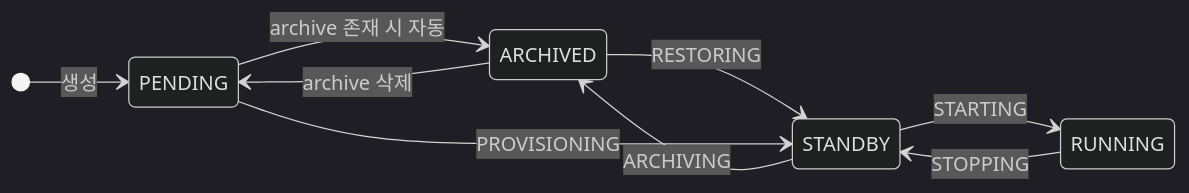
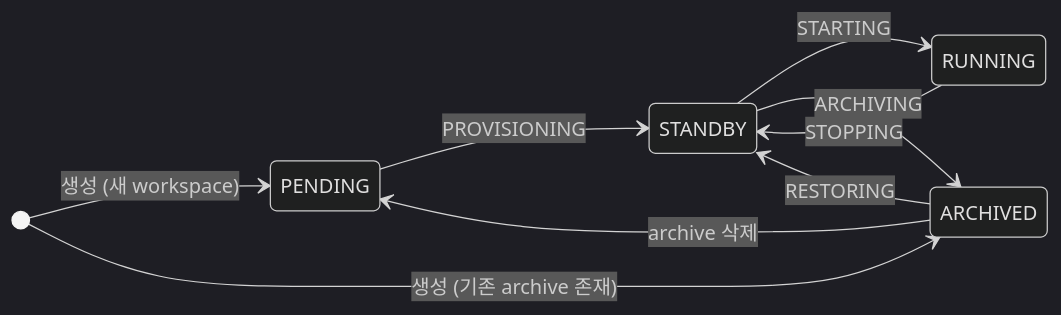
The first of 7 diagrams in docs/spec_v2/02-states.md (cagojeiger/code-hub), drawn with Mermaid (dark theme) before and after one commit. The commit also changed other lines of this file and 21 other files, not shown here.

````diff
--- a/docs/spec_v2/02-states.md
+++ b/docs/spec_v2/02-states.md
@@ -120,12 +184,12 @@
 ```mermaid
 stateDiagram-v2
     direction LR
-    [*] --> PENDING: 생성
-    PENDING --> ARCHIVED: archive 존재 시 자동
+    [*] --> PENDING: 생성 (새 workspace)
+    [*] --> ARCHIVED: 생성 (기존 archive 존재)
+    PENDING --> STANDBY: PROVISIONING
     ARCHIVED --> STANDBY: RESTORING
-    PENDING --> STANDBY: PROVISIONING
     STANDBY --> RUNNING: STARTING
     RUNNING --> STANDBY: STOPPING
     STANDBY --> ARCHIVED: ARCHIVING
     ARCHIVED --> PENDING: archive 삭제
 ```
````
